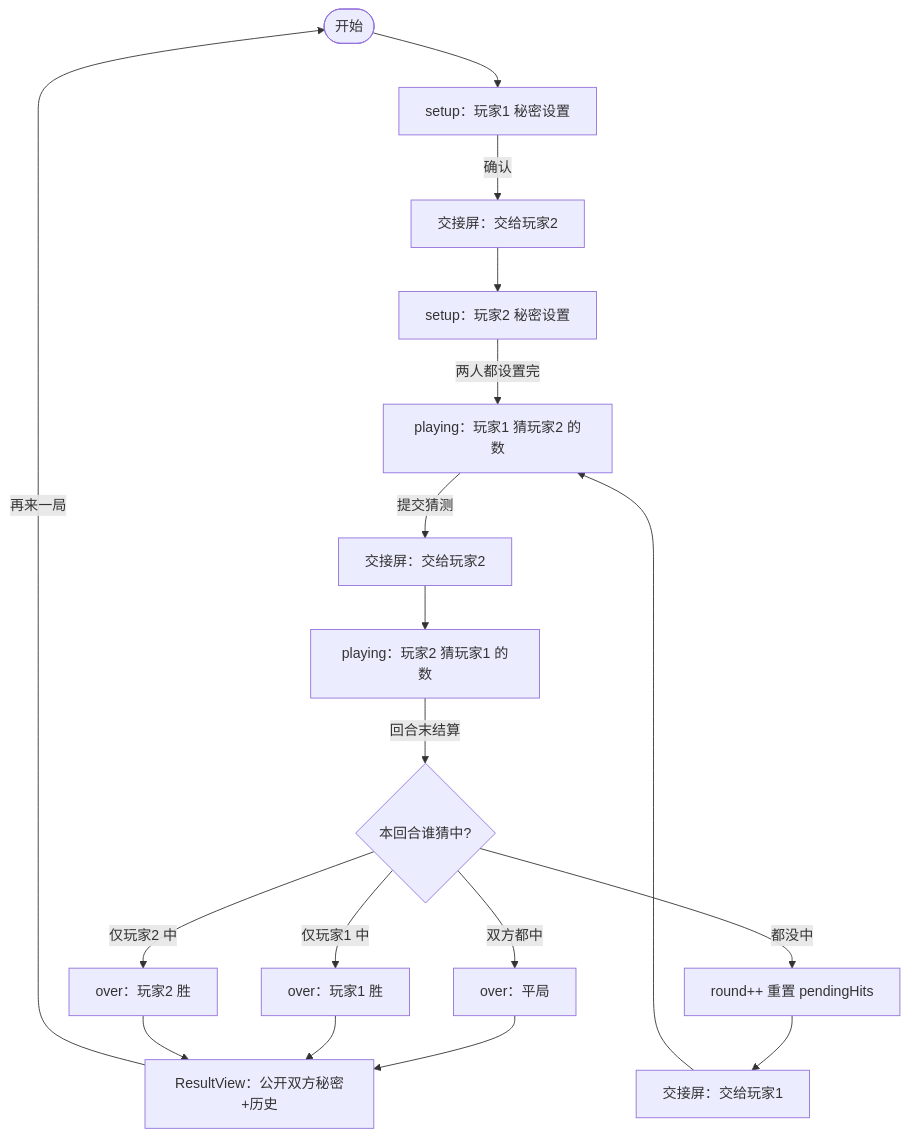
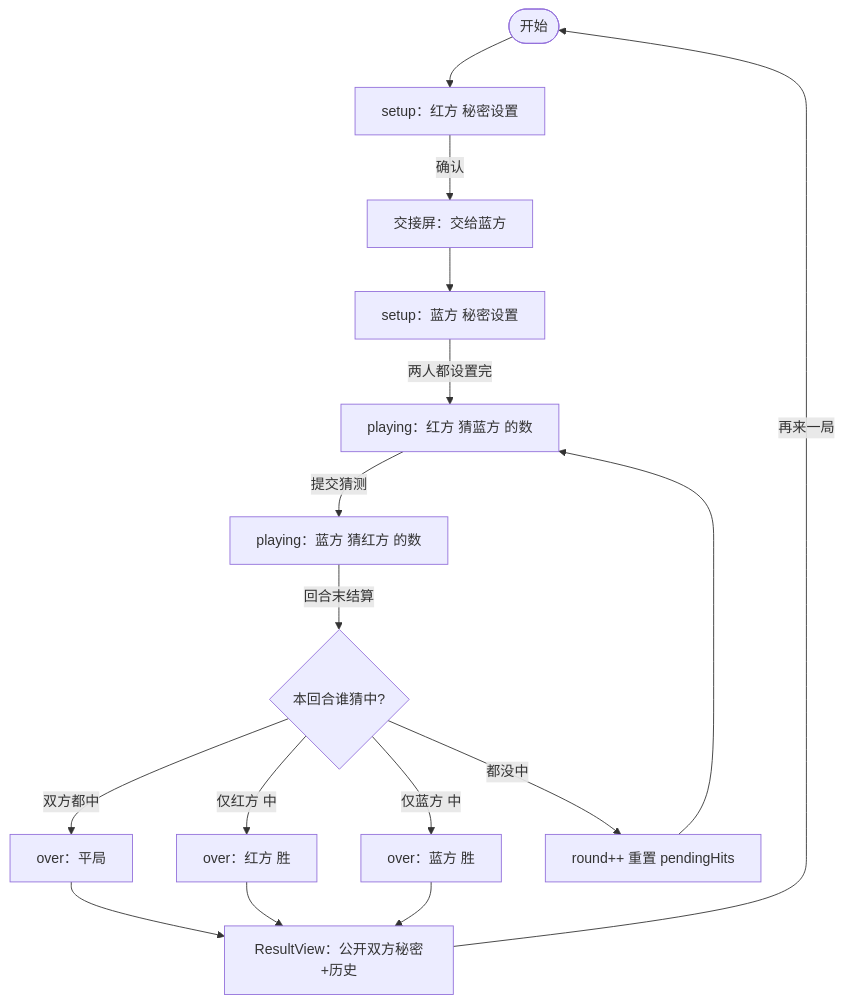
One commit to verdenmax/number-guessing-game changed the second of 2 diagrams in docs/L1-overview.md. Above: the diagram before and after it, drawn with Mermaid. The commit also changed other lines of this file and 7 other files, not shown here.

````diff
--- a/docs/L1-overview.md
+++ b/docs/L1-overview.md
@@ -59,20 +70,18 @@
 ```mermaid
 flowchart TD
-    Start([开始]) --> S1[setup：玩家1 秘密设置]
-    S1 -->|确认| H0[交接屏：交给玩家2]
-    H0 --> S2[setup：玩家2 秘密设置]
-    S2 -->|两人都设置完| P1[playing：玩家1 猜玩家2 的数]
-    P1 -->|提交猜测| H1[交接屏：交给玩家2]
-    H1 --> P2[playing：玩家2 猜玩家1 的数]
+    Start([开始]) --> S1[setup：红方 秘密设置]
+    S1 -->|确认| H0[交接屏：交给蓝方]
+    H0 --> S2[setup：蓝方 秘密设置]
+    S2 -->|两人都设置完| P1[playing：红方 猜蓝方 的数]
+    P1 -->|提交猜测| P2[playing：蓝方 猜红方 的数]
     P2 -->|回合末结算| D{本回合谁猜中?}
     D -->|双方都中| Draw[over：平局]
-    D -->|仅玩家1 中| W1[over：玩家1 胜]
-    D -->|仅玩家2 中| W2[over：玩家2 胜]
+    D -->|仅红方 中| W1[over：红方 胜]
+    D -->|仅蓝方 中| W2[over：蓝方 胜]
     D -->|都没中| Next[round++ 重置 pendingHits]
-    Next --> H2[交接屏：交给玩家1]
-    H2 --> P1
+    Next --> P1
     Draw --> R[ResultView：公开双方秘密+历史]
     W1 --> R
     W2 --> R
     R -->|再来一局| Start
 ```
````
